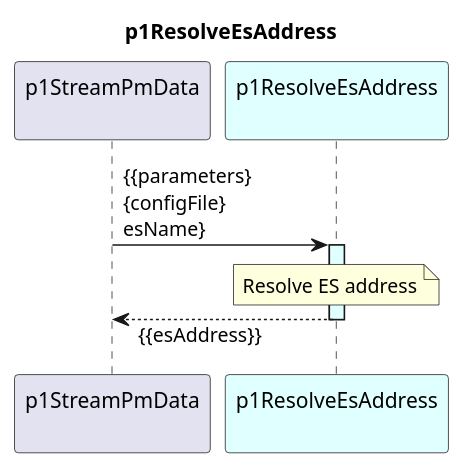
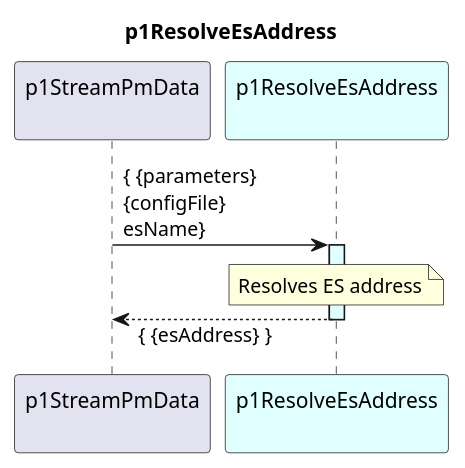
Before and after one commit to openBackhaul/DevicePerformanceManagementDataProcessor: the diagram in spec/Functions/p1StreamPmData/p1ResolveEsAddress/1.0.0/p1ResolveEsAddress.plantuml, drawn with PlantUML. The commit also changed 49 other files, not shown here.

Commit message:
Harmonize editorial of plantumls

```diff
--- a/spec/Functions/p1StreamPmData/p1ResolveEsAddress/1.0.0/p1ResolveEsAddress.plantuml
+++ b/spec/Functions/p1StreamPmData/p1ResolveEsAddress/1.0.0/p1ResolveEsAddress.plantuml
@@ -1,19 +1,19 @@
 @startuml p1ResolveEsAddress
 skinparam responseMessageBelowArrow true
 
 title
   p1ResolveEsAddress
 end title
 
 participant "p1StreamPmData\n" as p1RMWDI
 participant "p1ResolveEsAddress\n" as p1REA #LightCyan
 
-  p1RMWDI -> p1REA : {{parameters}\n{configFile}\nesName}
+  p1RMWDI -> p1REA : { {parameters}\n{configFile}\nesName}
   activate p1REA #LightCyan
     note over p1REA
-      Resolve ES address
+      Resolves ES address
     end note
-  p1RMWDI <-- p1REA : {{esAddress}}
+  p1RMWDI <-- p1REA : { {esAddress} }
   deactivate p1REA
 
 @enduml
```
